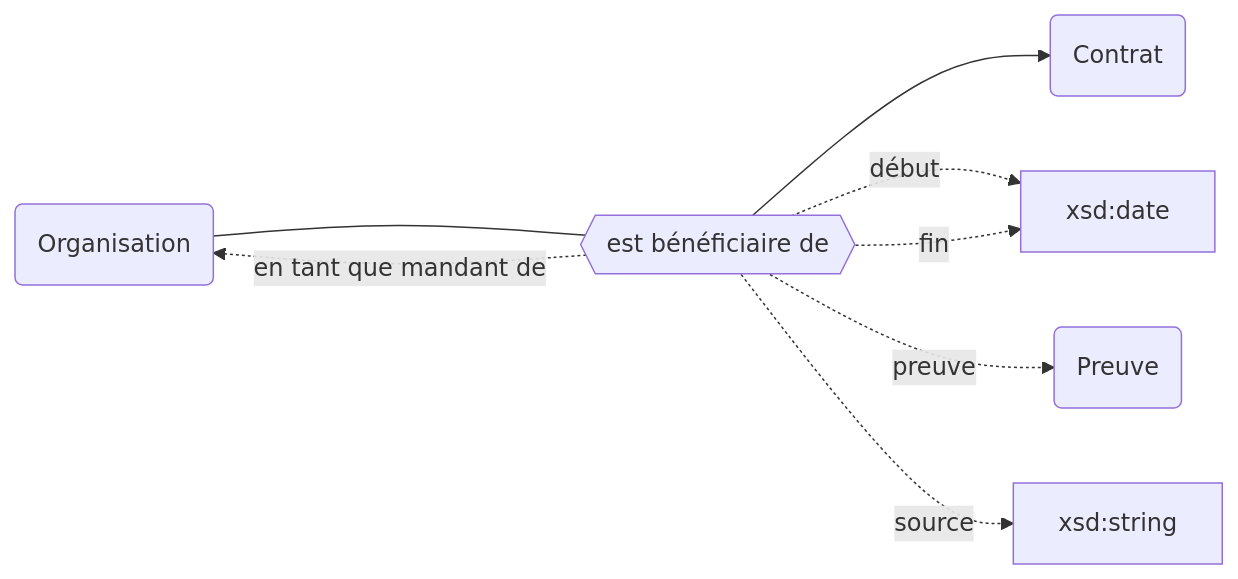
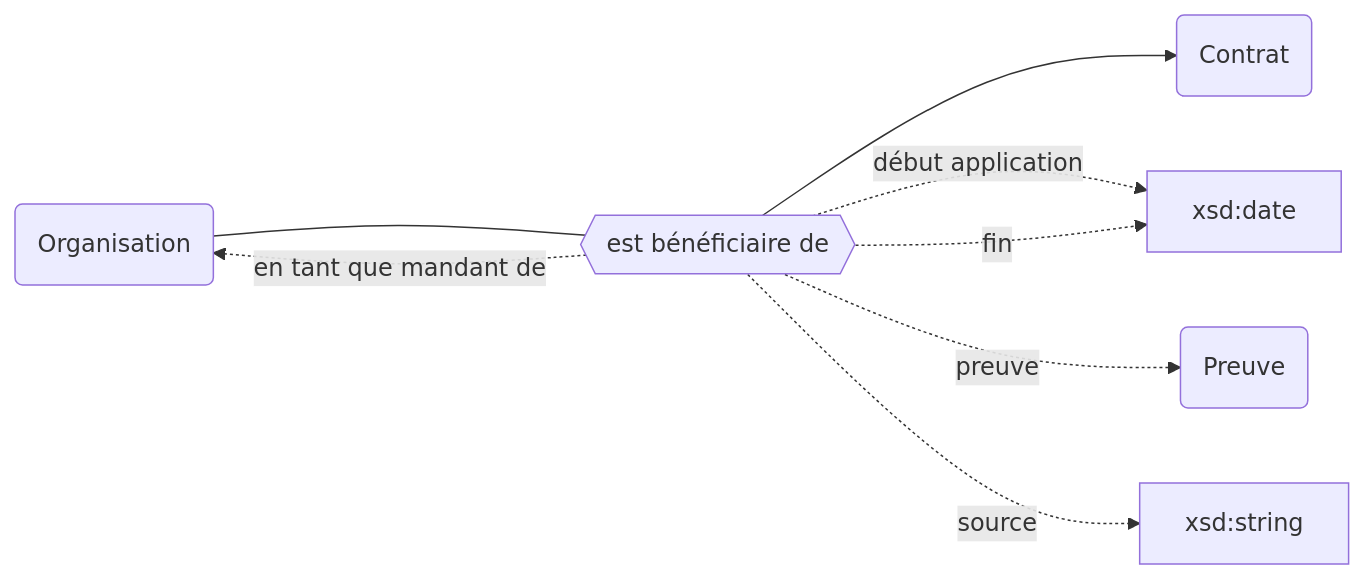
The second of 3 diagrams in docs/Modélisation Movies/Contrat de documentation électronique/Contrat de documentation électronique.md (abes-esr/movies-documentation), drawn with Mermaid before and after one commit. The commit also changed other lines of this file, not shown here.

````diff
--- a/docs/Modélisation Movies/Contrat de documentation électronique/Contrat de documentation électronique.md
+++ b/docs/Modélisation Movies/Contrat de documentation électronique/Contrat de documentation électronique.md
@@ -27,14 +27,14 @@
 ```mermaid
 graph LR
     ORG(Organisation)
     BEN{{est bénéficiaire de}}
     CONTRAT(Contrat)
     
     ORG --- BEN
     BEN --> CONTRAT
     BEN -.-> |en tant que mandant de| ORG
-    BEN -.-> |début| xsd:date
+    BEN -.-> |début application| xsd:date
     BEN -.-> |fin| xsd:date
     BEN -.-> |preuve| P(Preuve)
     BEN -.-> |source| S[xsd:string]
 ```
````
